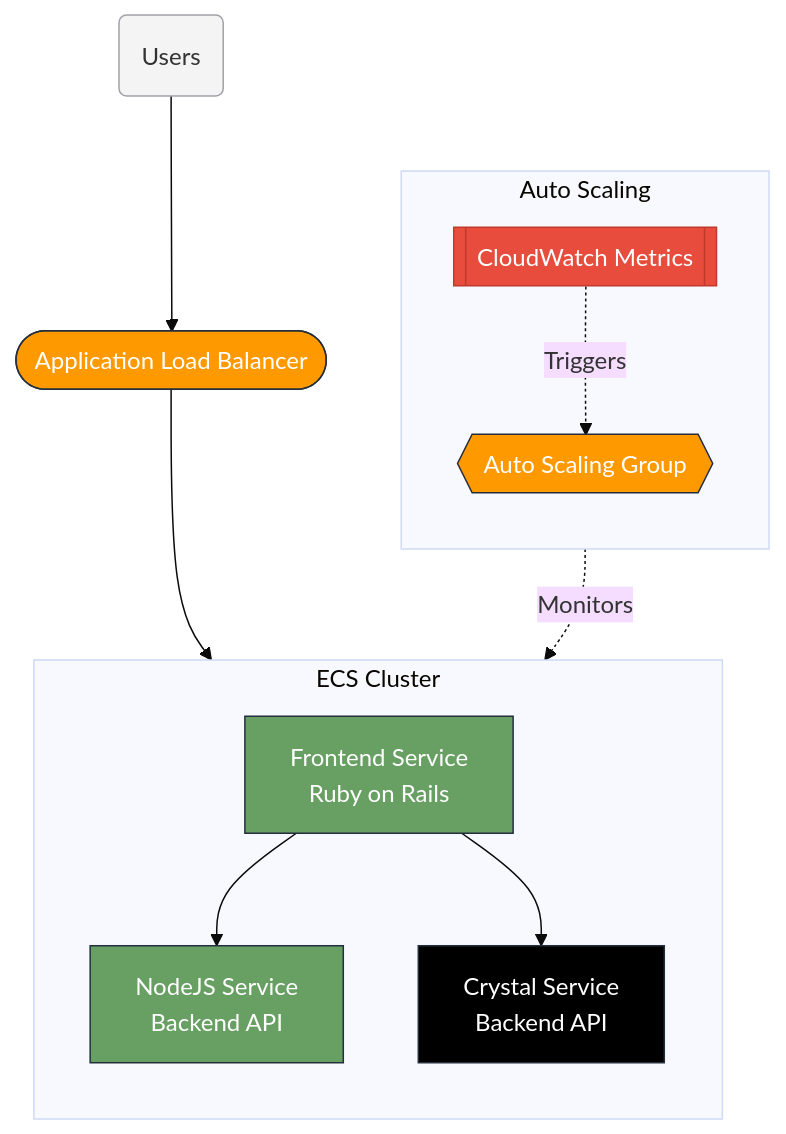
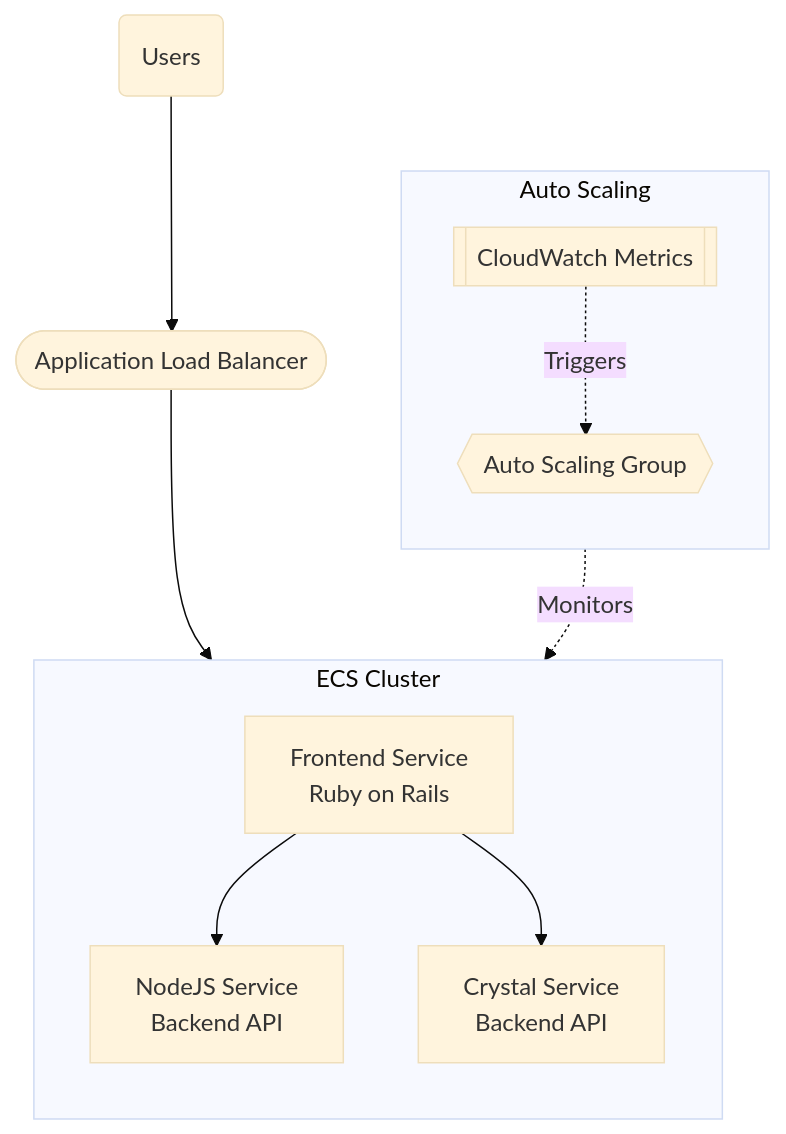
The diagram in 01-introduction-horizontal-scalability/README.md (gamaware/system-design-course), drawn with Mermaid (base theme) before and after one commit. The commit also changed 6 other files, not shown here.

Commit message:
fix: remove inline colors to respect beautiful-mermaid theme

````diff
--- a/01-introduction-horizontal-scalability/README.md
+++ b/01-introduction-horizontal-scalability/README.md
@@ -25,38 +25,26 @@
 ```mermaid
 graph TB
     %% Traffic flow
     User("Users") --> ALB(["Application Load Balancer"])
     ALB --> Frontend["Frontend Service<br>Ruby on Rails"]
     Frontend --> NodeJS["NodeJS Service<br>Backend API"]
     Frontend --> Crystal["Crystal Service<br>Backend API"]
 
     %% ECS services
     subgraph ecs_cluster ["ECS Cluster"]
         direction TB
         Frontend
         NodeJS
         Crystal
     end
 
     %% Autoscaling feedback loop
     subgraph auto_scaling ["Auto Scaling"]
         direction TB
         ASG{{"Auto Scaling Group"}}
         CW[["CloudWatch Metrics"]]
         ASG -.->|"Monitors"| Frontend
         CW -.->|"Triggers"| ASG
     end
 
-    %% Class definitions
-    classDef aws fill:#ff9900,stroke:#232f3e,color:#fff
-    classDef service fill:#68a063,stroke:#232f3e,color:#fff
-    classDef user fill:#f4f4f5,stroke:#a1a1aa
-    classDef monitor fill:#e74c3c,stroke:#c0392b,color:#fff
-    classDef dark fill:#000,stroke:#232f3e,color:#fff
-
-    class ALB,ASG aws
-    class Frontend,NodeJS service
-    class User user
-    class CW monitor
-    class Crystal dark
 ```
````
